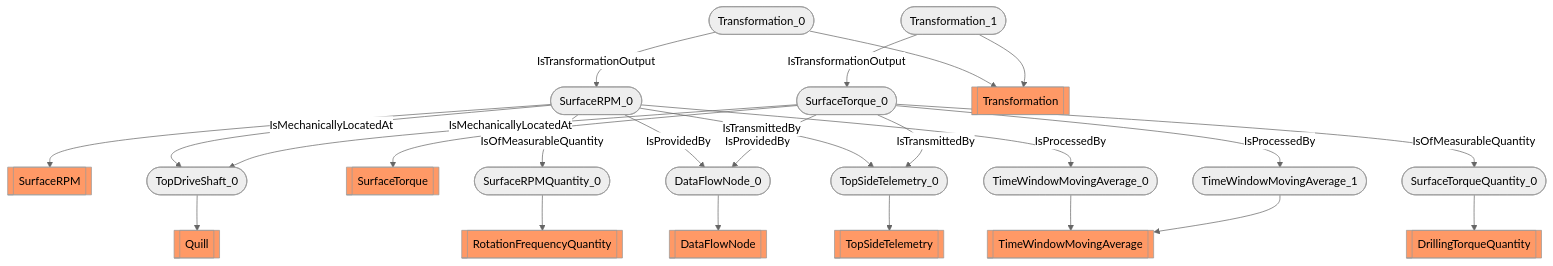
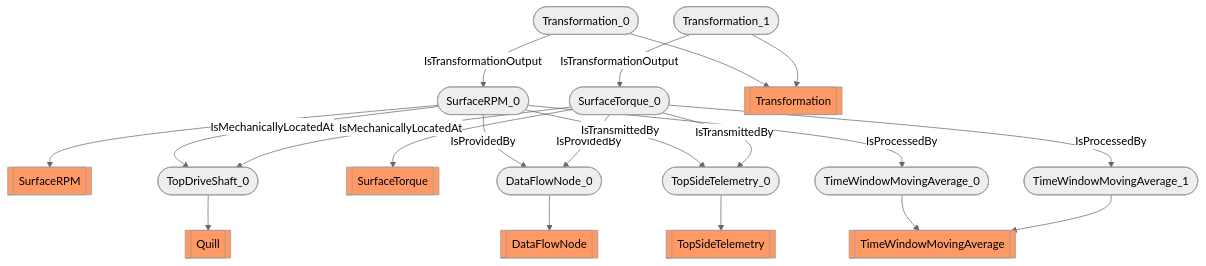
Before and after one commit to D-WIS/DDHub-Semantic-Interoperability: the diagram in docs/vocabulary_development/auto-generated/md/examples/Rotation and Torque.md, drawn with Mermaid (neutral theme). The commit also changed other lines of this file and 44 other files, not shown here.

````diff
--- a/docs/vocabulary_development/auto-generated/md/examples/Rotation and Torque.md
+++ b/docs/vocabulary_development/auto-generated/md/examples/Rotation and Torque.md
@@ -25,28 +21,24 @@
 ```mermaid
 flowchart TD
 	 classDef typeClass fill:#f96;
 	 classDef classClass fill:#9dd0ff;
 	SurfaceRPM_0([SurfaceRPM_0]) --> SurfaceRPM[[SurfaceRPM]]:::typeClass
 	TopDriveShaft_0([TopDriveShaft_0]) --> Quill[[Quill]]:::typeClass
 	SurfaceTorque_0([SurfaceTorque_0]) --> SurfaceTorque[[SurfaceTorque]]:::typeClass
-	SurfaceRPMQuantity_0([SurfaceRPMQuantity_0]) --> RotationFrequencyQuantity[[RotationFrequencyQuantity]]:::typeClass
-	SurfaceTorqueQuantity_0([SurfaceTorqueQuantity_0]) --> DrillingTorqueQuantity[[DrillingTorqueQuantity]]:::typeClass
 	Transformation_0([Transformation_0]) --> Transformation[[Transformation]]:::typeClass
 	Transformation_1([Transformation_1]) --> Transformation[[Transformation]]:::typeClass
 	DataFlowNode_0([DataFlowNode_0]) --> DataFlowNode[[DataFlowNode]]:::typeClass
 	TopSideTelemetry_0([TopSideTelemetry_0]) --> TopSideTelemetry[[TopSideTelemetry]]:::typeClass
 	TimeWindowMovingAverage_0([TimeWindowMovingAverage_0]) --> TimeWindowMovingAverage[[TimeWindowMovingAverage]]:::typeClass
 	TimeWindowMovingAverage_1([TimeWindowMovingAverage_1]) --> TimeWindowMovingAverage[[TimeWindowMovingAverage]]:::typeClass
 	 SurfaceRPM_0 -- IsMechanicallyLocatedAt --> TopDriveShaft_0 
 	 SurfaceTorque_0 -- IsMechanicallyLocatedAt --> TopDriveShaft_0 
-	 SurfaceRPM_0 -- IsOfMeasurableQuantity --> SurfaceRPMQuantity_0 
-	 SurfaceTorque_0 -- IsOfMeasurableQuantity --> SurfaceTorqueQuantity_0 
 	 Transformation_0 -- IsTransformationOutput --> SurfaceRPM_0 
 	 Transformation_1 -- IsTransformationOutput --> SurfaceTorque_0 
 	 SurfaceRPM_0 -- IsProvidedBy --> DataFlowNode_0 
 	 SurfaceTorque_0 -- IsProvidedBy --> DataFlowNode_0 
 	 SurfaceRPM_0 -- IsTransmittedBy --> TopSideTelemetry_0 
 	 SurfaceTorque_0 -- IsTransmittedBy --> TopSideTelemetry_0 
 	 SurfaceRPM_0 -- IsProcessedBy --> TimeWindowMovingAverage_0 
 	 SurfaceTorque_0 -- IsProcessedBy --> TimeWindowMovingAverage_1 
 ```
````
